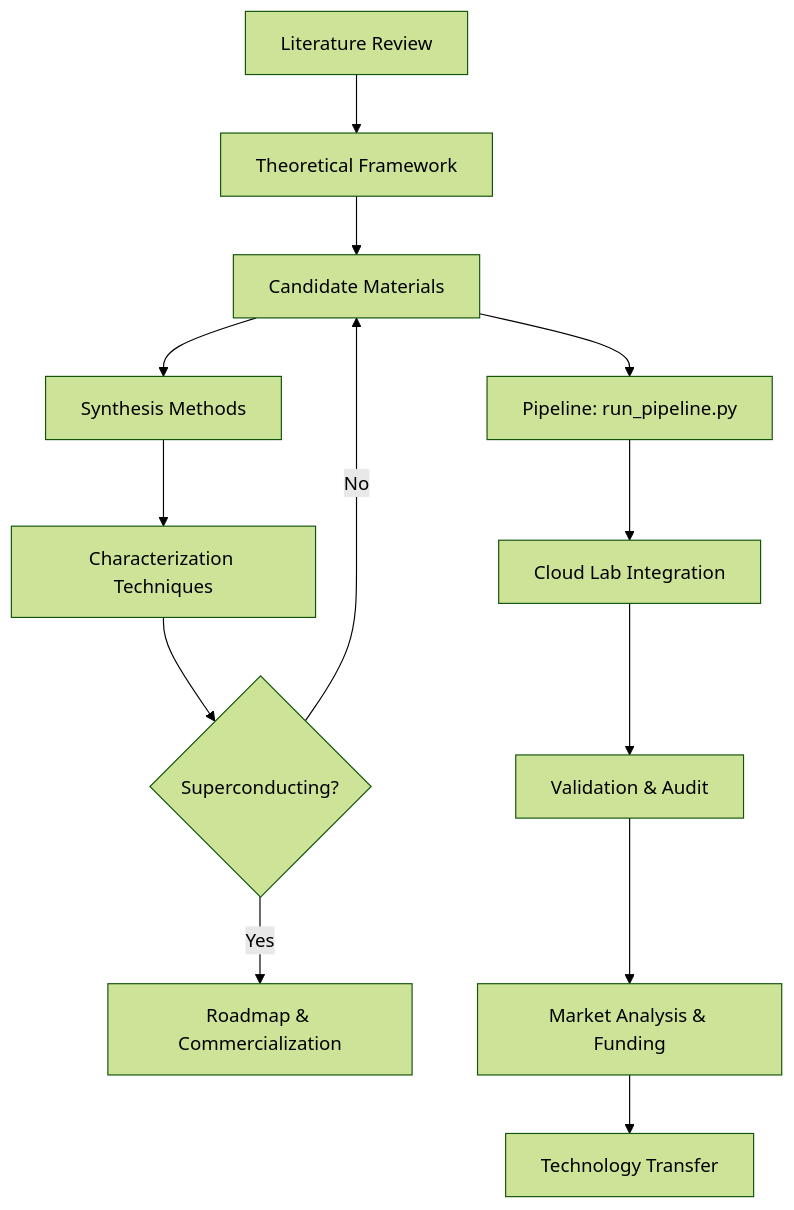
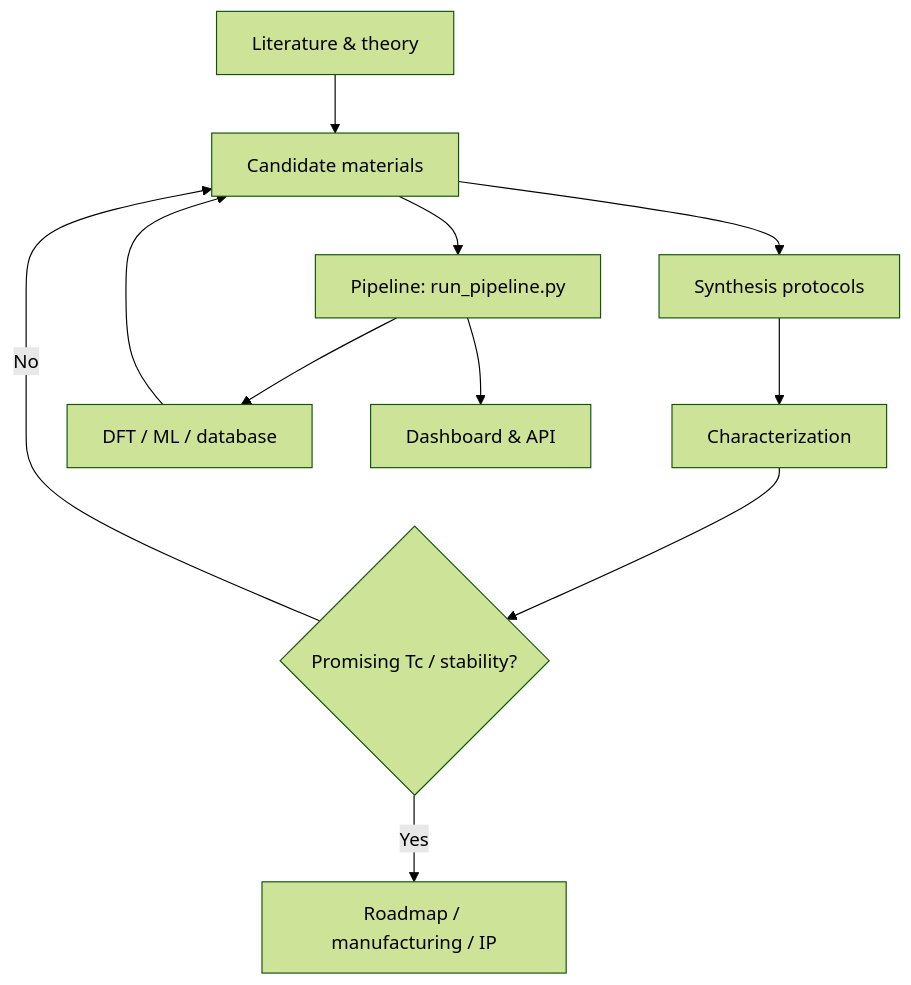
Before and after one commit to kevinkicho/superconducters: the diagram in README.md, drawn with Mermaid (forest theme). The commit also changed other lines of this file and 134 other files, not shown here.

````diff
--- a/README.md
+++ b/README.md
@@ -29,15 +155,13 @@
 ```mermaid
 flowchart TD
-    A[Literature Review] --> B[Theoretical Framework]
-    B --> C[Candidate Materials]
-    C --> D[Synthesis Methods]
-    D --> E[Characterization Techniques]
-    E --> F{Superconducting?}
-    F -->|Yes| G[Roadmap & Commercialization]
-    F -->|No| C
-    C --> H[Pipeline: run_pipeline.py]
-    H --> I[Cloud Lab Integration]
-    I --> J[Validation & Audit]
-    J --> K[Market Analysis & Funding]
-    K --> L[Technology Transfer]
+    A[Literature & theory] --> B[Candidate materials]
+    B --> C[Synthesis protocols]
+    C --> D[Characterization]
+    D --> E{Promising Tc / stability?}
+    E -->|Yes| F[Roadmap / manufacturing / IP]
+    E -->|No| B
+    B --> G[Pipeline: run_pipeline.py]
+    G --> H[DFT / ML / database]
+    H --> B
+    G --> I[Dashboard & API]
 ```
````
